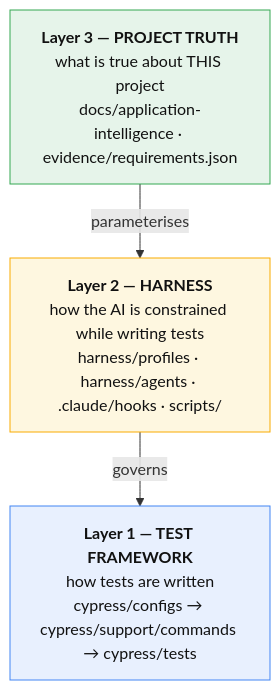
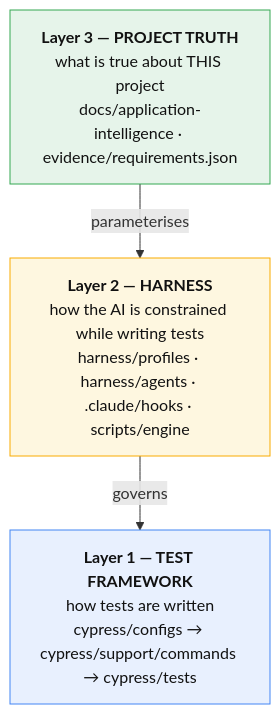
The first of 6 diagrams in docs/START-HERE.md (lfyagya/AI-Agentic-Test-Development), drawn with Mermaid before and after one commit. The commit also changed other lines of this file and 94 other files, not shown here.

````diff
--- a/docs/START-HERE.md
+++ b/docs/START-HERE.md
@@ -25,13 +25,13 @@
 ```mermaid
 flowchart TD
     L3["<b>Layer 3 — PROJECT TRUTH</b><br/>what is true about THIS project<br/>docs/application-intelligence · evidence/requirements.json"]
-    L2["<b>Layer 2 — HARNESS</b><br/>how the AI is constrained while writing tests<br/>harness/profiles · harness/agents · .claude/hooks · scripts/"]
+    L2["<b>Layer 2 — HARNESS</b><br/>how the AI is constrained while writing tests<br/>harness/profiles · harness/agents · .claude/hooks · scripts/engine"]
     L1["<b>Layer 1 — TEST FRAMEWORK</b><br/>how tests are written<br/>cypress/configs → cypress/support/commands → cypress/tests"]
 
     L3 -->|parameterises| L2
     L2 -->|governs| L1
 
     style L1 fill:#e8f0fe,stroke:#4285f4,color:#111
     style L2 fill:#fef7e0,stroke:#f9ab00,color:#111
     style L3 fill:#e6f4ea,stroke:#34a853,color:#111
 ```
````
